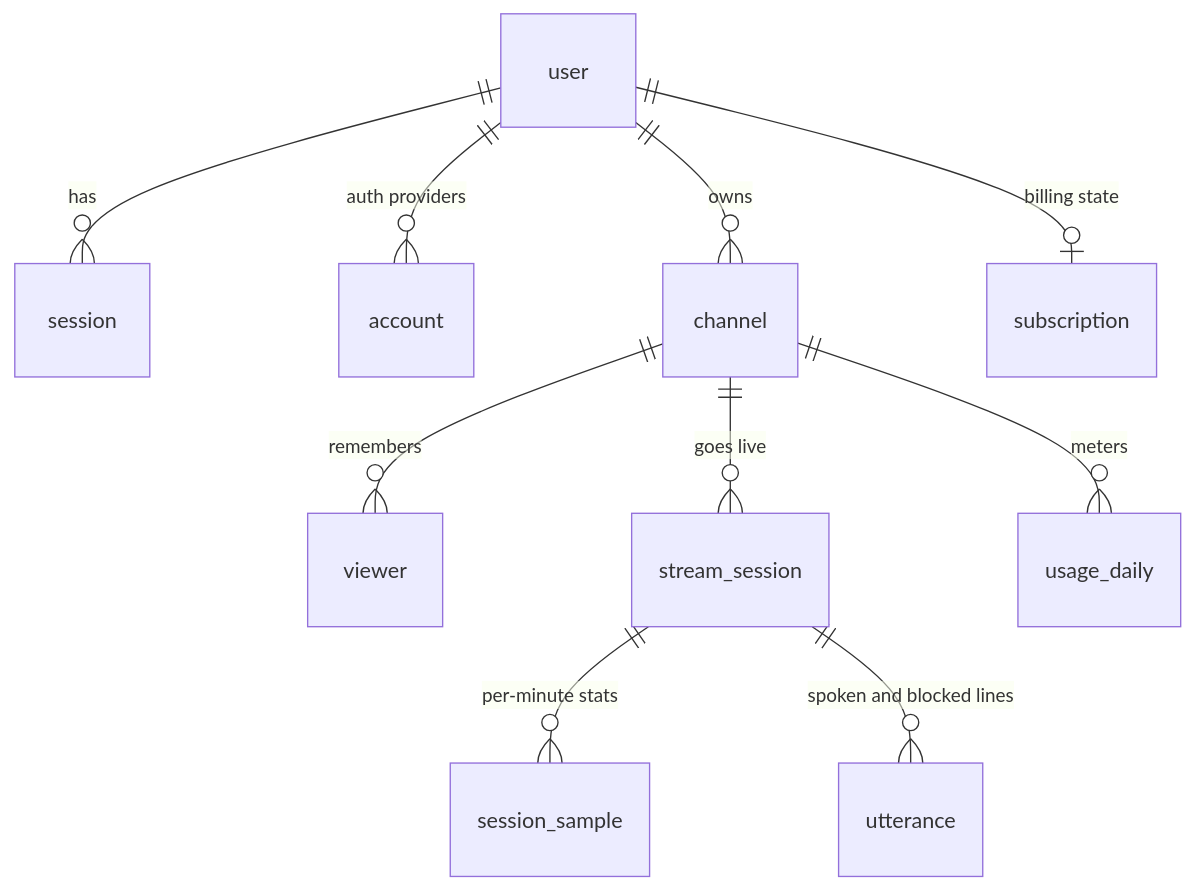
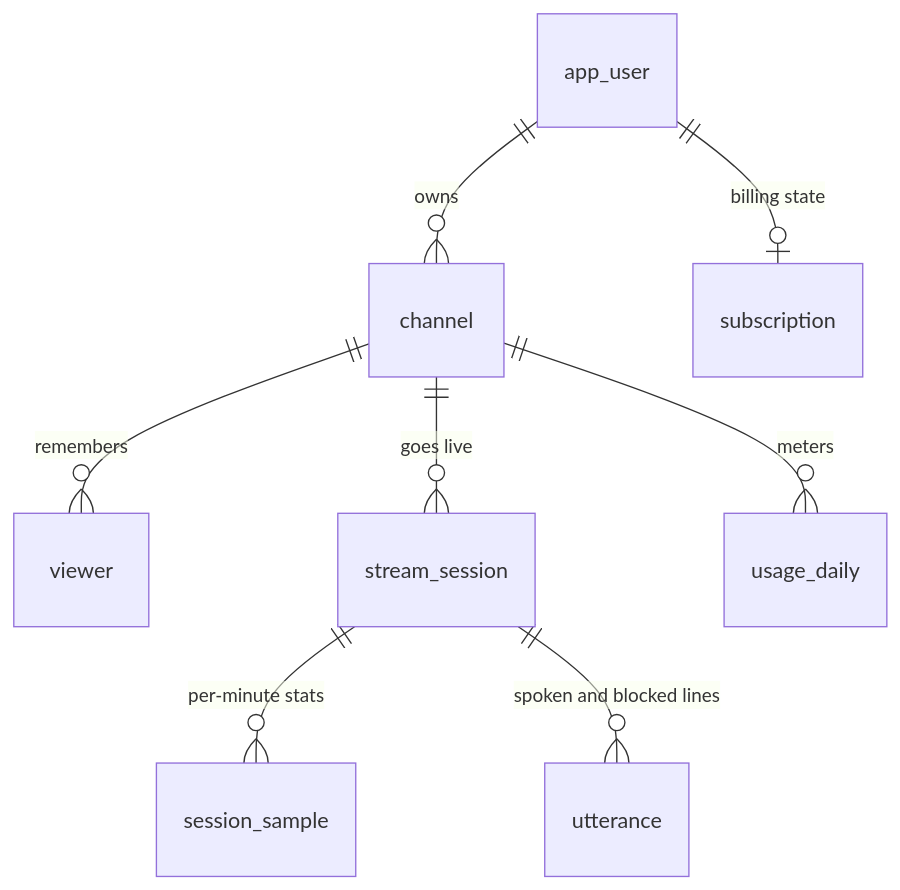
One commit to mariajunqueiramirandas-cpu/tik-live changed the sixth of 6 diagrams in docs/architecture/overview.md. Above: the diagram before and after it, drawn with Mermaid. The commit also changed other lines of this file and 11 other files, not shown here.

````diff
--- a/docs/architecture/overview.md
+++ b/docs/architecture/overview.md
@@ -195,12 +199,10 @@
 ```mermaid
 erDiagram
-  user ||--o{ session : has
-  user ||--o{ account : "auth providers"
-  user ||--o{ channel : owns
-  user ||--o| subscription : "billing state"
+  app_user ||--o{ channel : owns
+  app_user ||--o| subscription : "billing state"
   channel ||--o{ viewer : remembers
   channel ||--o{ stream_session : "goes live"
   stream_session ||--o{ session_sample : "per-minute stats"
   stream_session ||--o{ utterance : "spoken and blocked lines"
   channel ||--o{ usage_daily : meters
 ```
````
